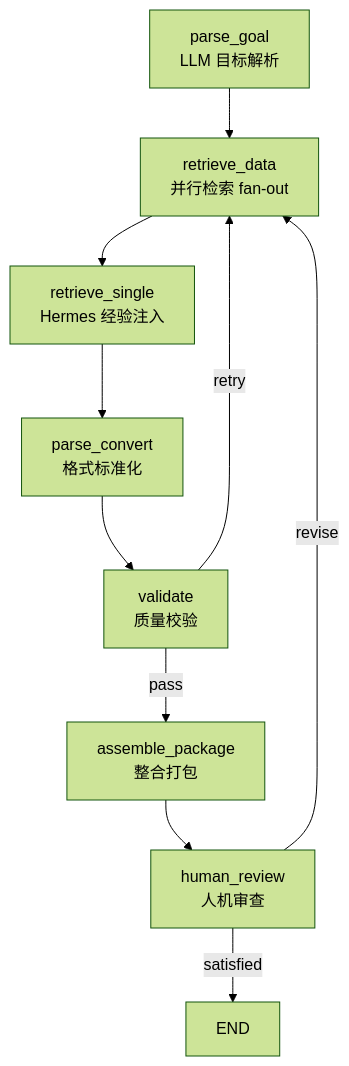
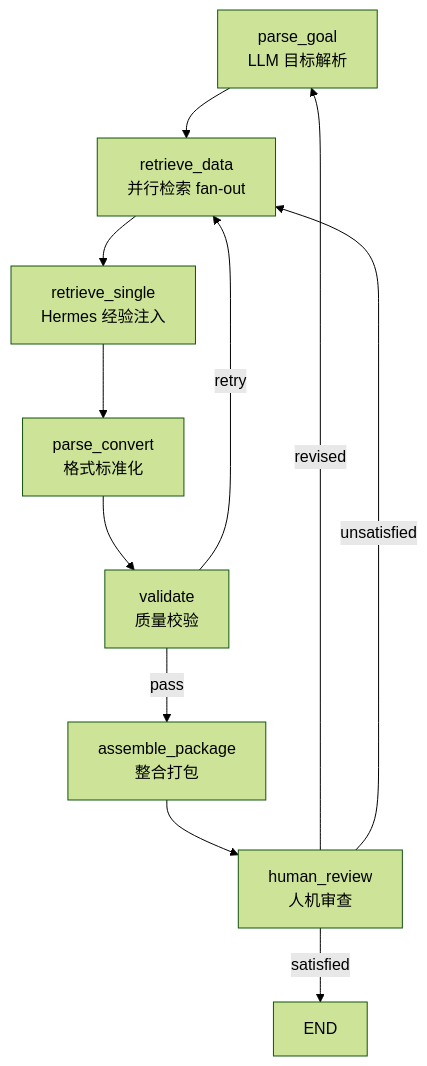
The diagram in README.md (Yezilong11/robot-data-integrator), drawn with Mermaid (forest theme) before and after one commit. The commit also changed 63 other files, not shown here.

````diff
--- a/README.md
+++ b/README.md
@@ -177,12 +177,13 @@
 ```mermaid
 flowchart TD
     A[parse_goal<br/>LLM 目标解析] --> B[retrieve_data<br/>并行检索 fan-out]
     B --> C[retrieve_single<br/>Hermes 经验注入]
     C --> D[parse_convert<br/>格式标准化]
     D --> E[validate<br/>质量校验]
     E -->|pass| F[assemble_package<br/>整合打包]
     E -->|retry| B
     F --> G[human_review<br/>人机审查]
     G -->|satisfied| H[END]
-    G -->|revise| B
+    G -->|revised| A
+    G -->|unsatisfied| B
 ```
````
